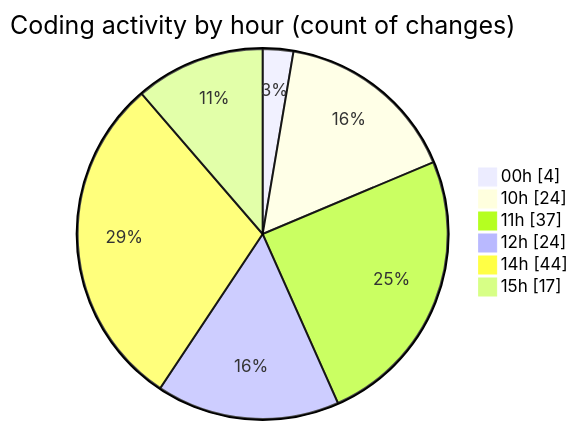
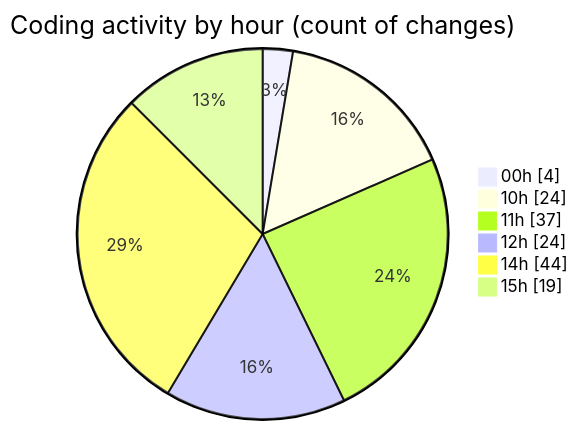
The second of 2 diagrams in 2025-04-04/back-end/README.md (Netris89/code-tracking), drawn with Mermaid before and after one commit. The commit also changed other lines of this file and 1 other file, not shown here.

````diff
--- a/2025-04-04/back-end/README.md
+++ b/2025-04-04/back-end/README.md
@@ -47,10 +47,10 @@
 ```mermaid
 pie showData
 title Coding activity by hour (count of changes)
 "00h" : 4
 "10h" : 24
 "11h" : 37
 "12h" : 24
 "14h" : 44
-"15h" : 17
+"15h" : 19
 ```
````
